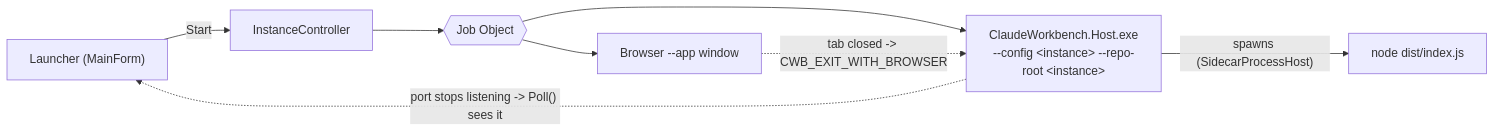
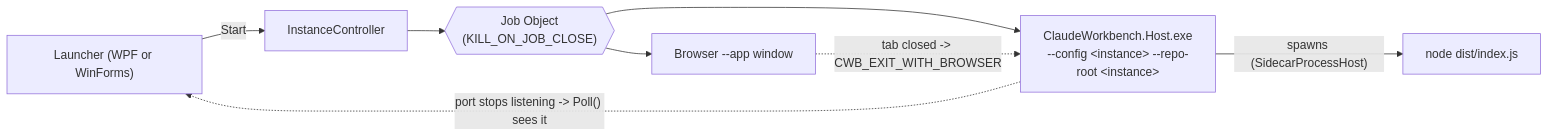
The diagram in docs/components/ClaudeWorkbench.Launcher.md (rdavi10471a2/ClaudeWorkbench), drawn with Mermaid before and after one commit. The commit also changed other lines of this file and 13 other files, not shown here.

First line of the commit message:
docs: regenerate for WPF/WinForms launcher + recent features

````diff
--- a/docs/components/ClaudeWorkbench.Launcher.md
+++ b/docs/components/ClaudeWorkbench.Launcher.md
@@ -31,10 +64,10 @@
 ```mermaid
 flowchart LR
-    L["Launcher (MainForm)"] -->|"Start"| IC["InstanceController"]
-    IC --> JOB{{"Job Object"}}
+    L["Launcher (WPF or WinForms)"] -->|"Start"| IC["InstanceController"]
+    IC --> JOB{{"Job Object<br/>(KILL_ON_JOB_CLOSE)"}}
     JOB --> H["ClaudeWorkbench.Host.exe<br/>--config &lt;instance&gt; --repo-root &lt;instance&gt;"]
     JOB --> B["Browser --app window"]
     H -->|"spawns (SidecarProcessHost)"| S["node dist/index.js"]
     B -.->|"tab closed -> CWB_EXIT_WITH_BROWSER"| H
     H -.->|"port stops listening -> Poll() sees it"| L
 ```
````
